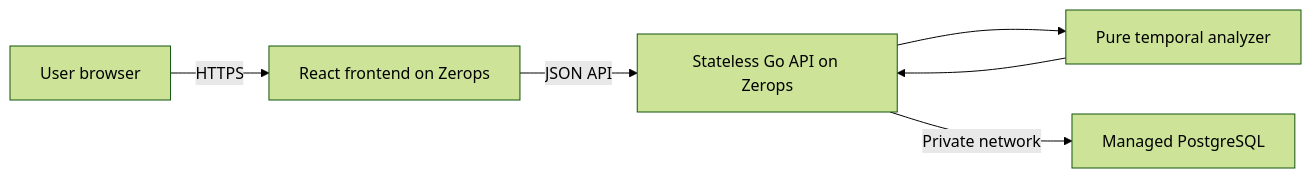
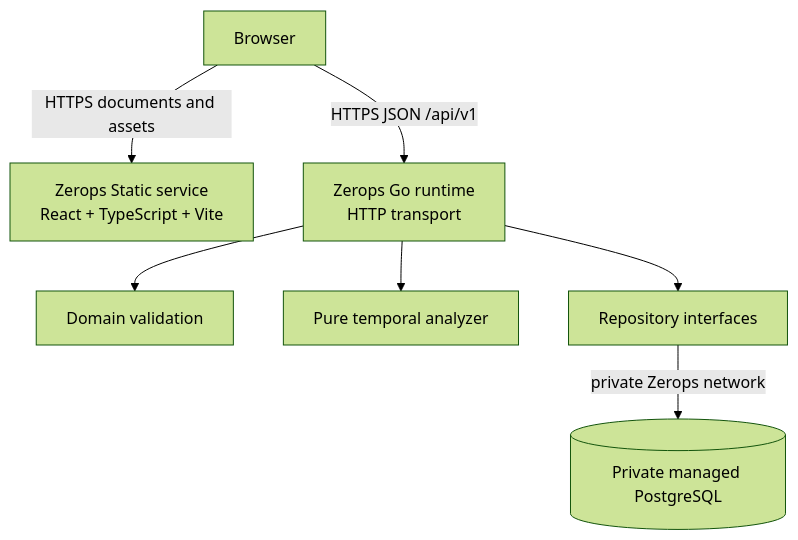
Before and after one commit to kernelKain/timetrap: the diagram in docs/architecture.md, drawn with Mermaid (forest theme). The commit also changed other lines of this file and 11 other files, not shown here.

````diff
--- a/docs/architecture.md
+++ b/docs/architecture.md
@@ -282,8 +5,17 @@
 ```mermaid
-flowchart LR
-    B["User browser"] -->|"HTTPS"| W["React frontend on Zerops"]
-    W -->|"JSON API"| A["Stateless Go API on Zerops"]
-    A --> E["Pure temporal analyzer"]
-    A -->|"Private network"| P["Managed PostgreSQL"]
-    E --> A
+flowchart TB
+    Browser[Browser]
+    Web["Zerops Static service<br/>React + TypeScript + Vite"]
+    API["Zerops Go runtime<br/>HTTP transport"]
+    Domain[Domain validation]
+    Analyzer[Pure temporal analyzer]
+    Repo[Repository interfaces]
+    PG[(Private managed PostgreSQL)]
+
+    Browser -->|HTTPS documents and assets| Web
+    Browser -->|HTTPS JSON /api/v1| API
+    API --> Domain
+    API --> Analyzer
+    API --> Repo
+    Repo -->|private Zerops network| PG
 ```
````
